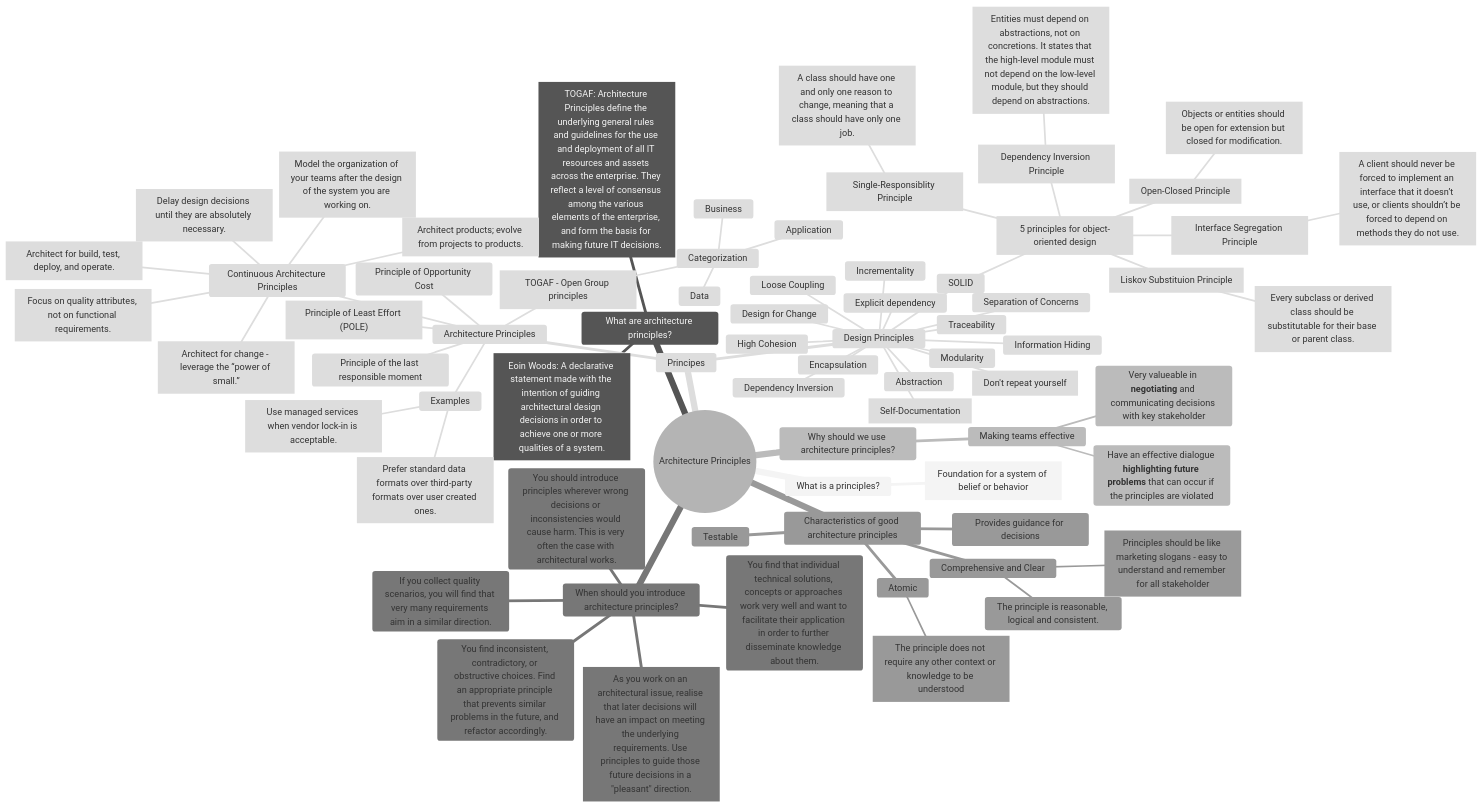
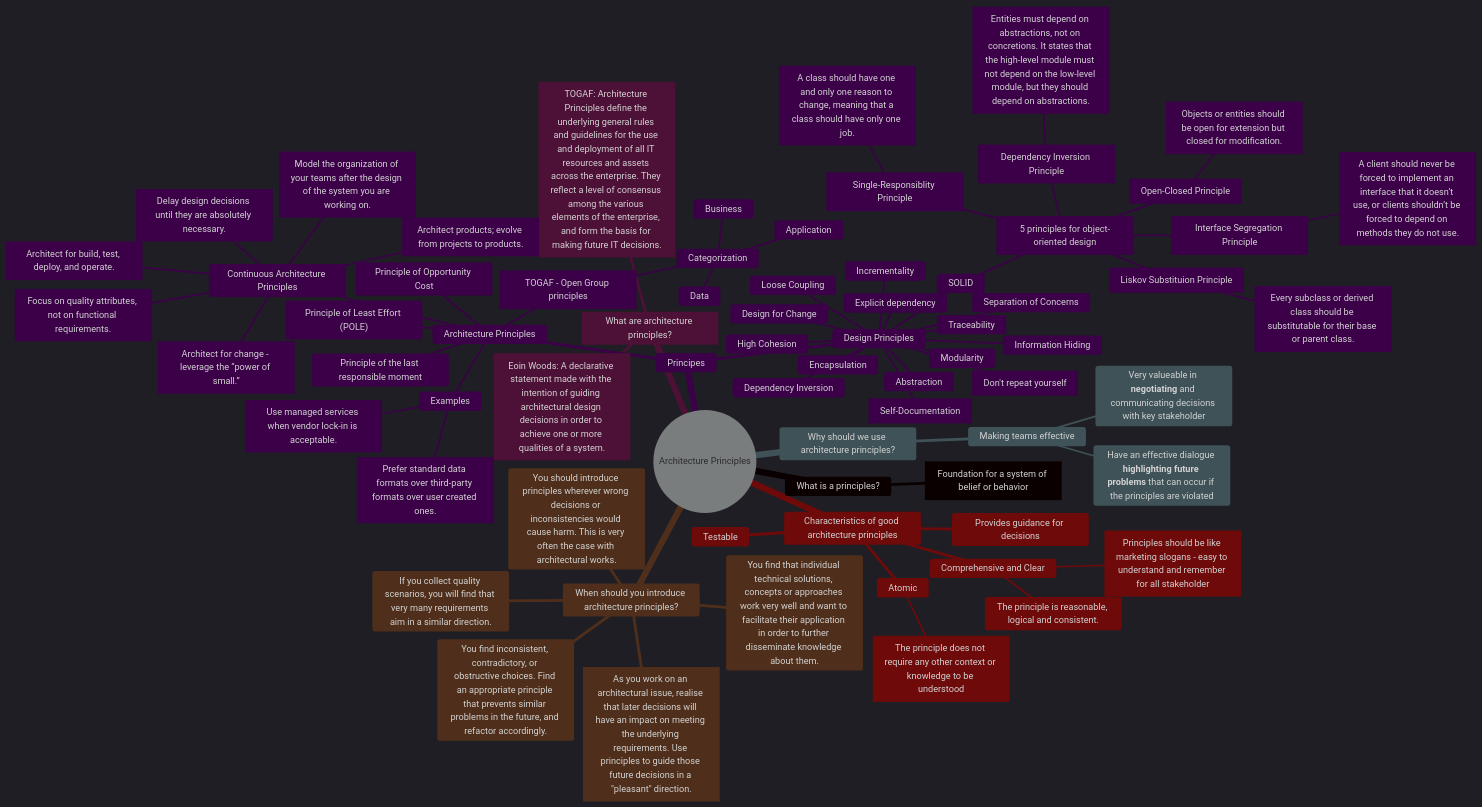
Before and after one commit to bitsmuggler/software-architecture-principles: the diagram in README.md, drawn with Mermaid.

````diff
--- a/README.md
+++ b/README.md
@@ -5,77 +5,77 @@
 ``` mermaid
 
-%%{init: {'theme': 'neutral', "flowchart" : { "curve" : "basis" } } }%%
+%%{init: {'theme': 'dark', "flowchart" : { "curve" : "basis" } } }%%
 
 mindmap
   root((Architecture Principles))
     What is a principles?
         ["Foundation for a system of belief or behavior"]
     What are architecture principles?
         ["Eoin Woods: A declarative statement made with the intention of guiding architectural design decisions in order to achieve one or more qualities of a system."]
         ["TOGAF: Architecture Principles define the underlying general rules and guidelines for the use and deployment of all IT resources and assets across the enterprise. They reflect a level of consensus among the various elements of the enterprise, and form the basis for making future IT decisions."]
     Why should we use architecture principles?
         Making teams effective
             Very valueable in **negotiating** and communicating decisions with key stakeholder
             Have an effective dialogue **highlighting future problems** that can occur if the principles are violated
     When should you introduce architecture principles?
         You should introduce principles wherever wrong decisions or inconsistencies would cause harm. This is very often the case with architectural works.
         You find that individual technical solutions, concepts or approaches work very well and want to facilitate their application in order to further disseminate knowledge about them.
         You find inconsistent, contradictory, or obstructive choices. Find an appropriate principle that prevents similar problems in the future, and refactor accordingly.
         If you collect quality scenarios, you will find that very many requirements aim in a similar direction.
         [As you work on an architectural issue, realise that later decisions will have an impact on meeting the underlying requirements. Use principles to guide those future decisions in a "pleasant" direction.]
     Characteristics of good architecture principles
         Comprehensive and Clear
             The principle is reasonable, logical and consistent.
             ["Principles should be like marketing slogans - easy to understand and remember for all stakeholder"]
         Provides guidance for decisions
         Testable
         Atomic
             ["The principle does not require any other context or knowledge to be understood"]    
     Principes
         Architecture Principles
             ["Principle of Least Effort (POLE)"]
             Principle of Opportunity Cost
             Principle of the last responsible moment
             [TOGAF - Open Group principles]
                 Categorization
                     Business
                     Data
                     Application
             Continuous Architecture Principles
                 [Architect products; evolve from projects to products.]
                 [Focus on quality attributes, not on functional requirements.]
                 [Delay design decisions until they are absolutely necessary.]
                 [Architect for change - leverage the “power of small.”]
                 [Architect for build, test, deploy, and operate.]
                 [Model the organization of your teams after the design of the system you are working on.]
             Examples
                 [Use managed services when vendor lock-in is acceptable.]
                 [Prefer standard data formats over third-party formats over user created ones.]
         Design Principles
             SOLID
                 [5 principles for object-oriented design]
                     [Single-Responsiblity Principle]
                         [A class should have one and only one reason to change, meaning that a class should have only one job.]
                     [Open-Closed Principle]
                         [Objects or entities should be open for extension but closed for modification.]
                     [Liskov Substituion Principle]
                         [Every subclass or derived class should be substitutable for their base or parent class.]
                     [Interface Segregation Principle]
                         [A client should never be forced to implement an interface that it doesn’t use, or clients shouldn’t be forced to depend on methods they do not use.]
                     [Dependency Inversion Principle]
                         [Entities must depend on abstractions, not on concretions. It states that the high-level module must not depend on the low-level module, but they should depend on abstractions.]
             Loose Coupling
             High Cohesion
             Design for Change
             Information Hiding
             Abstraction
             Modularity
             Traceability
             [Self-Documentation]
             Incrementality
             Separation of Concerns
             Encapsulation
             [Don't repeat yourself]
             Dependency Inversion
             Explicit dependency
 ```
````
